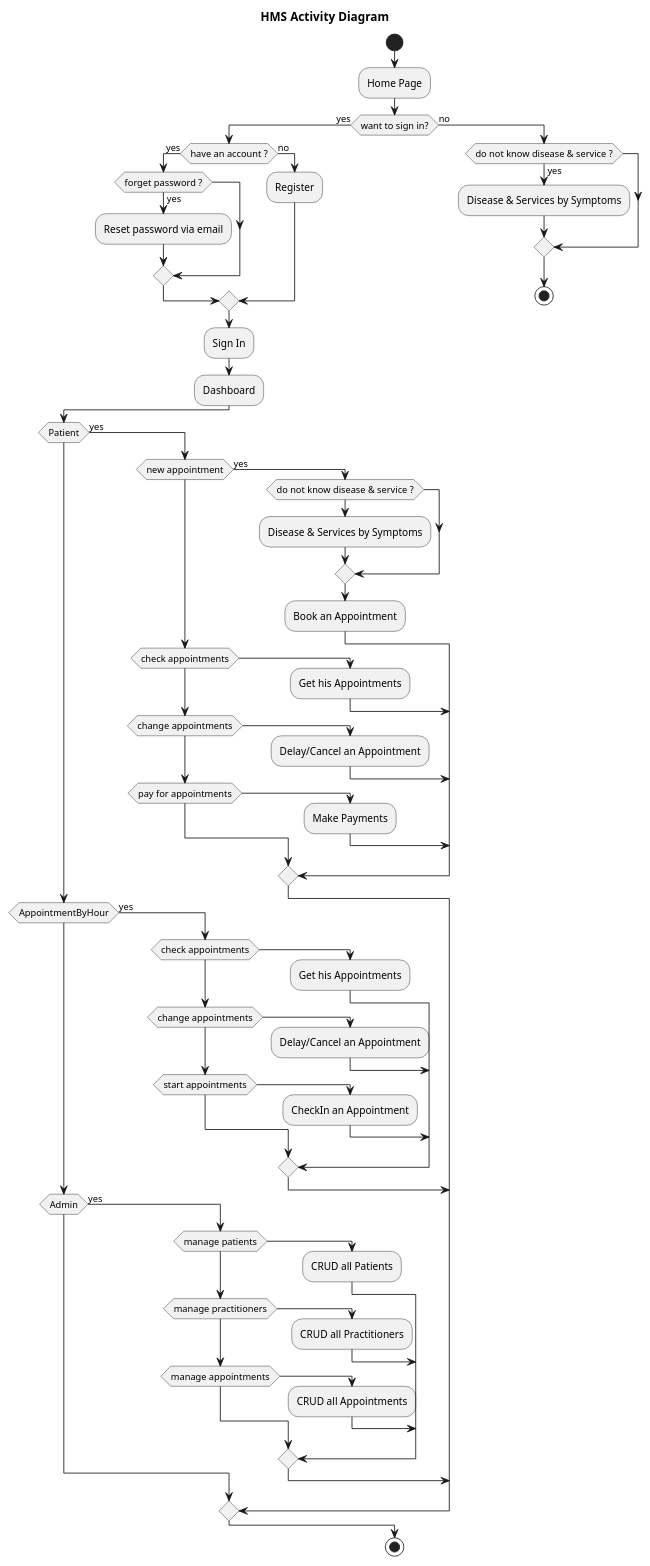
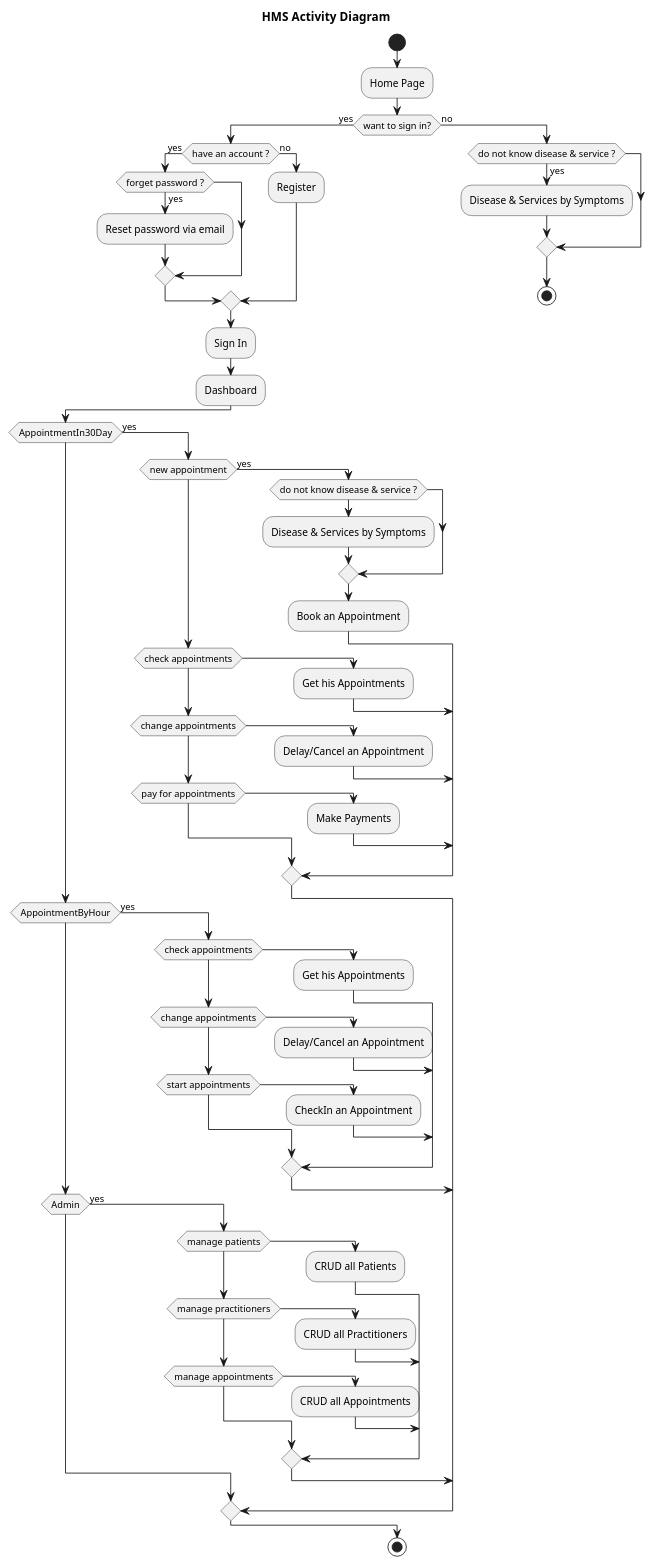
One commit to tdnguyen6/hms-PERN changed the diagram in src/client/build/docs/diagrams/src/activity_system.puml. Above: the diagram before and after it, drawn with PlantUML. The commit also changed 14 other files, not shown here.

```diff
--- a/src/client/build/docs/diagrams/src/activity_system.puml
+++ b/src/client/build/docs/diagrams/src/activity_system.puml
@@ -1,53 +1,53 @@
 @startuml
 !pragma useVerticalIf on
 title HMS Activity Diagram
 start
 :Home Page;
 if (want to sign in?) then (yes)
     if (have an account ?) then (yes)
         if (forget password ?) then (yes)
             :Reset password via email;
         endif
     else (no)
         :Register;
     endif
     :Sign In;
     :Dashboard;
-    if (Patient) then (yes)
+    if (AppointmentIn30Day) then (yes)
         if (new appointment) then (yes)
             if (do not know disease & service ?)
                 :Disease & Services by Symptoms;
              endif
             :Book an Appointment;
         elseif (check appointments)
             :Get his Appointments;
         elseif (change appointments)
             :Delay/Cancel an Appointment;
         elseif (pay for appointments)
             :Make Payments;
         endif
     elseif (AppointmentByHour) then (yes)
         if (check appointments)
             :Get his Appointments;
          elseif (change appointments)
             :Delay/Cancel an Appointment;
         elseif (start appointments)
             :CheckIn an Appointment;
         endif
     elseif (Admin) then (yes)
         if (manage patients)
             :CRUD all Patients;
         elseif (manage practitioners)
             :CRUD all Practitioners;
         elseif (manage appointments)
             :CRUD all Appointments;
         endif
     endif
 else (no)
     if (do not know disease & service ?) then (yes)
         :Disease & Services by Symptoms;
     endif
     stop
 endif
 stop
 @enduml
```
